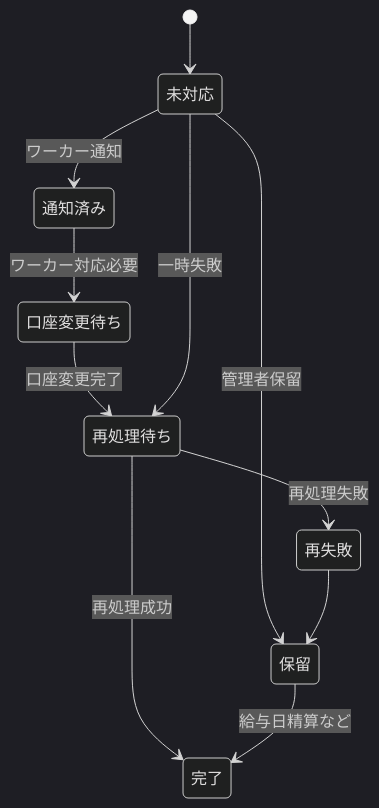
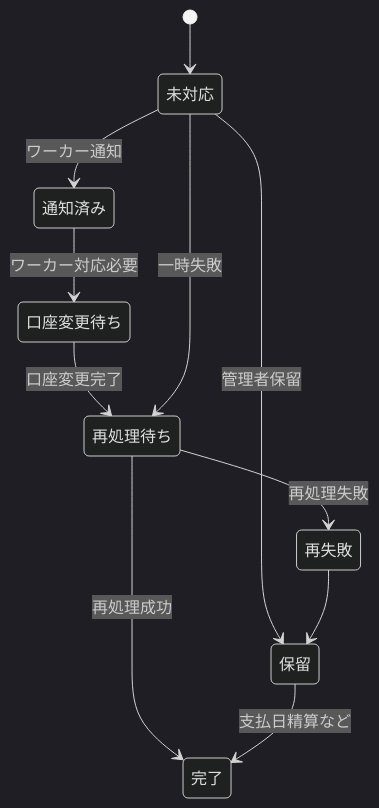
The seventh of 7 diagrams in docs/hibarai/screen-spec-draft.md (ichiro0712-dotcom/share-worker-app), drawn with Mermaid (dark theme) before and after one commit. The commit also changed other lines of this file and 13 other files, not shown here.

````diff
--- a/docs/hibarai/screen-spec-draft.md
+++ b/docs/hibarai/screen-spec-draft.md
@@ -1107,13 +1107,13 @@
 ```mermaid
 stateDiagram-v2
   [*] --> 未対応
   未対応 --> 通知済み: ワーカー通知
   未対応 --> 保留: 管理者保留
   通知済み --> 口座変更待ち: ワーカー対応必要
   口座変更待ち --> 再処理待ち: 口座変更完了
   未対応 --> 再処理待ち: 一時失敗
   再処理待ち --> 完了: 再処理成功
   再処理待ち --> 再失敗: 再処理失敗
   再失敗 --> 保留
-  保留 --> 完了: 給与日精算など
+  保留 --> 完了: 支払日精算など
 ```
````
